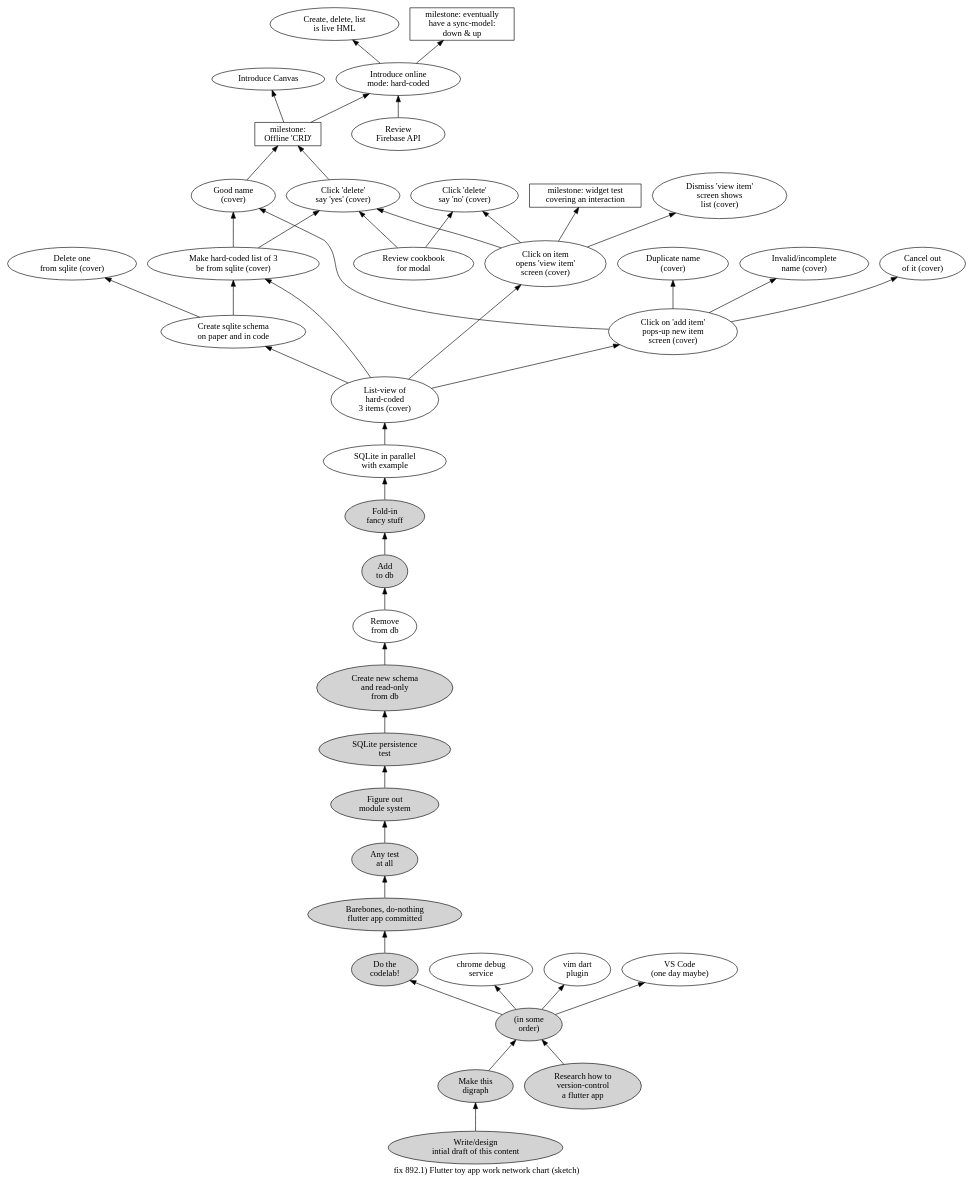
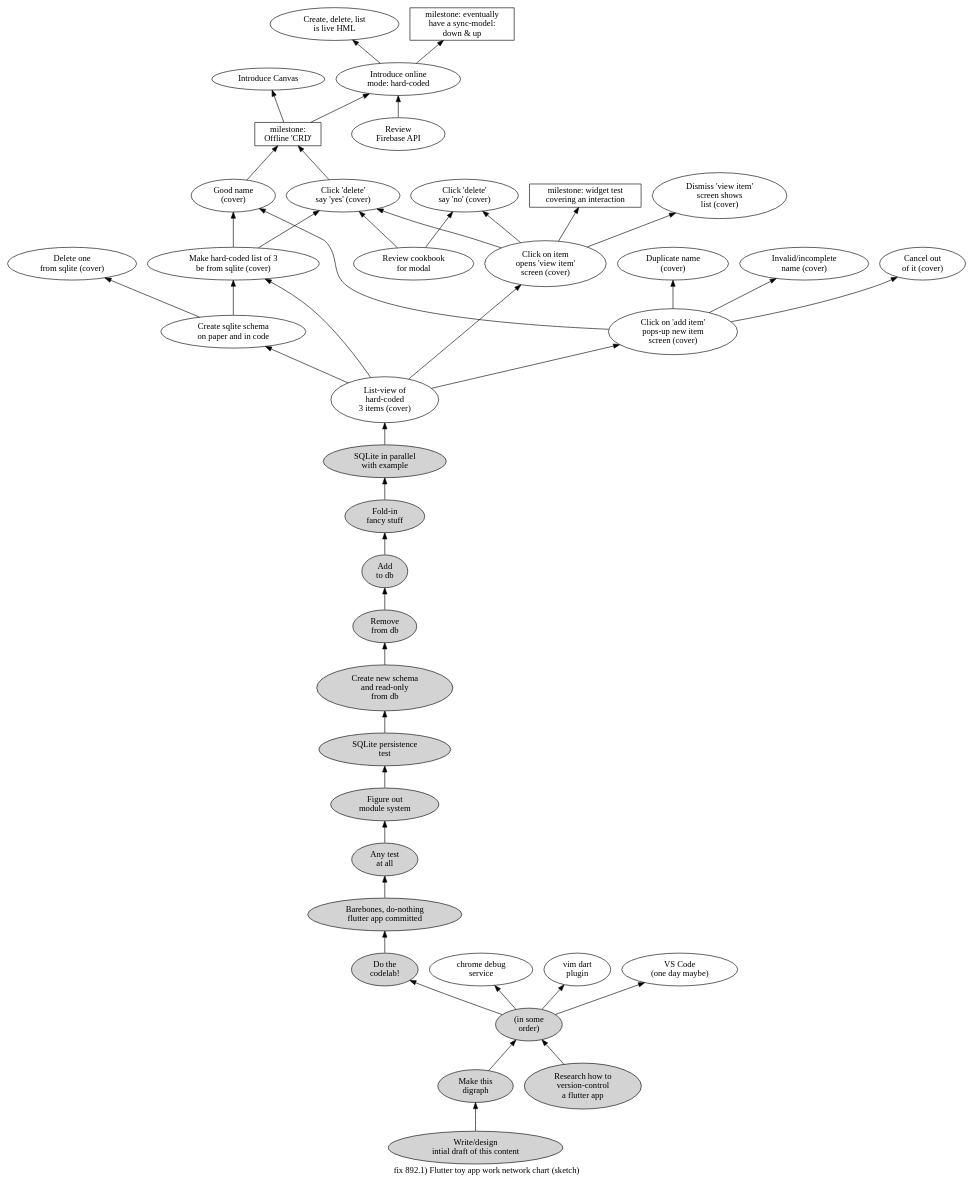
The diagram in STM-doc/892.1.work-network-chart.dot (hipe/tmx), drawn with Graphviz before and after one commit. The commit also changed 5 other files, not shown here.

First line of the commit message:
feat(STM): Complete "sqlite in-parallel with app state data" (3, v)

```diff
--- a/STM-doc/892.1.work-network-chart.dot
+++ b/STM-doc/892.1.work-network-chart.dot
@@ -1,105 +1,105 @@
 digraph g {
 label="fix 892.1) Flutter toy app work network chart (sketch)"
 
 /*
 Note: at writing, this graph exists "in parallel" as a hand-written
 table in our notebook, roughly following a PERT-chart structure.
 
 (We switched from analog to digital for this one part of it because we
 did not want to attempt this visualization by hand!)
 
 The node identifiers are allocated "by hand" pseudo-randomly. As such, the
 identifiers (and especially their relative "size") are meaningless. (We *did*
 step over some allocations that could be confusing, like "QA" and "UX".)
 
 The order of the nodes in this file corresponds to the order we wrote
 the nodes in our notebook, which was from the bottom of the page upwards
 in the order in which we thought of them.
 */
 
 rankdir="BT"
 _HX [label="milestone:\nOffline 'CRD'" shape=rect]
 _AA->_HX
 _7A->_HX
 _SN [label="Make this\ndigraph" style=filled]
 _4G->_SN
 _TU [label="Introduce Canvas"]
 _HX->_TU
 _4G [label="Write/design\nintial draft of this content" style=filled]
 _8K [label="Create, delete, list\nis live HML"]
 _WG->_8K
 _QD [label="Review\nFirebase API"]
 _WG [label="Introduce online\nmode: hard-coded"]
 _HX->_WG
 _QD->_WG
 _AA [label="Good name\n(cover)"]
 _QU->_AA
 _6G->_AA
 _KG [label="Duplicate name\n(cover)"]
 _6G->_KG
 _7X [label="Invalid/incomplete\nname (cover)"]
 _6G->_7X
 _LA [label="Cancel out\nof it (cover)"]
 _6G->_LA
 _6G [label="Click on 'add item'\npops-up new item\nscreen (cover)"]
 _YU->_6G
 _TA [label="Review cookbook\nfor modal"]
 _LH [label="Click 'delete'\nsay 'no' (cover)"]
 _TA->_LH
 _2N->_LH
 _7A [label="Click 'delete'\nsay 'yes' (cover)"]
 _QU->_7A
 _TA->_7A
 _2N->_7A
 _LU [label="Dismiss 'view item'\nscreen shows\nlist (cover)"]
 _2N->_LU
 _2N [label="Click on item\nopens 'view item'\nscreen (cover)"]
 _YU->_2N
 _UK [label="Delete one\nfrom sqlite (cover)"]
 _DR->_UK
 _QU [label="Make hard-coded list of 3\nbe from sqlite (cover)"]
 _DR->_QU
 _YU->_QU
 _DR [label="Create sqlite schema\non paper and in code"]
 _YU->_DR
 _GN [label="milestone: widget test\ncovering an interaction" shape=rect]
 _2N->_GN
 _YU [label="List-view of\nhard-coded\n3 items (cover)"]
 _PN->_YU
 _9B [label="milestone: eventually\nhave a sync-model:\ndown & up" shape=rect]
 _WG->_9B
 _UG [label="Figure out\nmodule system" style=filled]
 _EK->_UG
 _EK [label="Any test\nat all" style=filled]
 _AX->_EK
-_PN [label="SQLite in parallel\nwith example"]
+_PN [label="SQLite in parallel\nwith example" style=filled]
 _RN->_PN
 _RN [label="Fold-in\nfancy stuff" style=filled]
 _QR->_RN
 _QR [label="Add\nto db" style=filled]
 _VG->_QR
-_VG [label="Remove\nfrom db"]
+_VG [label="Remove\nfrom db" style=filled]
 _JK->_VG
 _JK [label="Create new schema\nand read-only\nfrom db" style=filled]
 _KR->_JK
 _KR [label="SQLite persistence\ntest" style=filled]
 _UG->_KR
 _AX [label="Barebones, do-nothing\nflutter app committed" style=filled]
 _BR->_AX
 _BR [label="Do the\ncodelab!" style=filled]
 _SG [label="chrome debug\nservice"]
 _CX [label="vim dart\nplugin"]
 _3G [label="VS Code\n(one day maybe)"]
 _01 [label="(in some\norder)" style=filled]
 _01->_3G
 _01->_BR
 _01->_CX
 _01->_SG
 _QN->_01
 _SN->_01
 _QN [label="Research how to\nversion-control\na flutter app" style=filled]
 }
 
 /*
 # #born
 */
```
